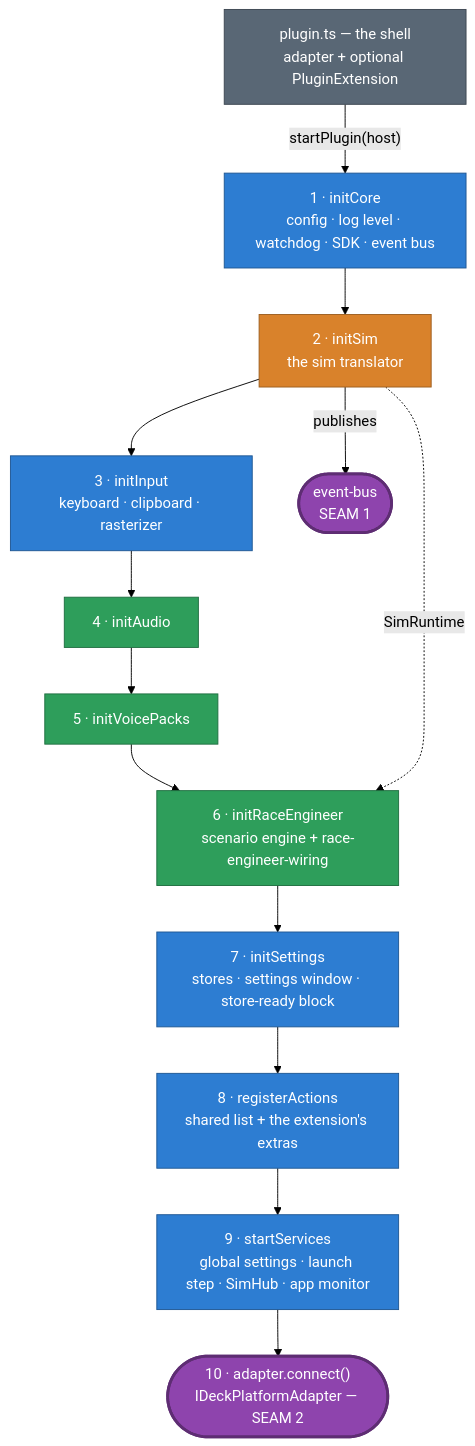
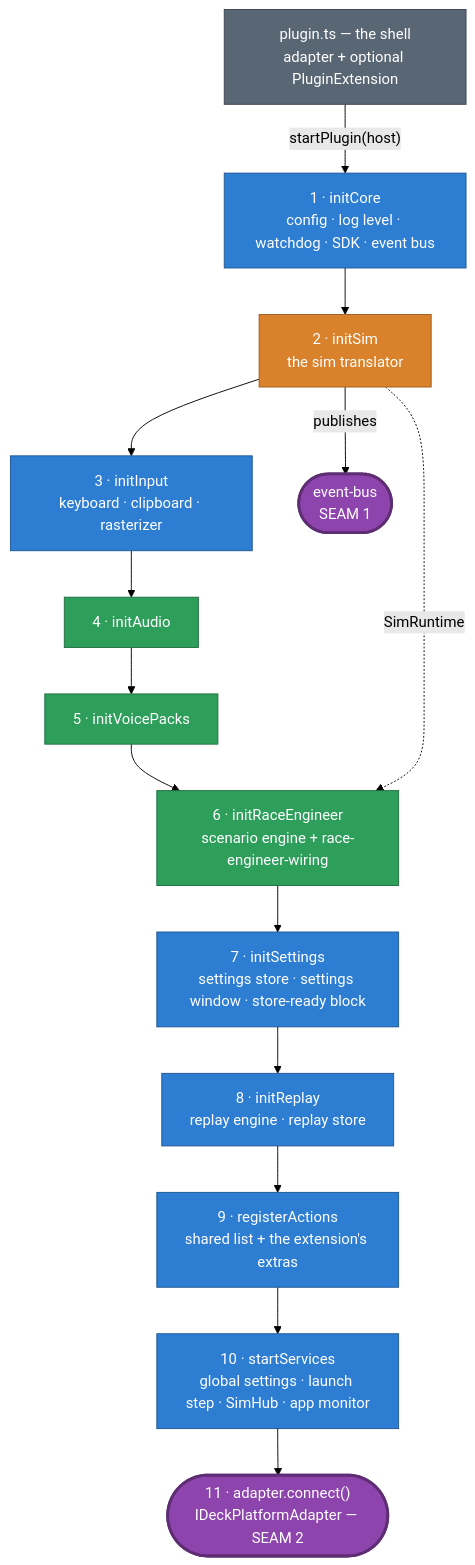
One commit to niklam/iracedeck changed the seventh of 8 diagrams in packages/website/src/content/docs/docs/development/architecture.md. Above: the diagram before and after it, drawn with Mermaid (forest theme). The commit also changed other lines of this file and 10 other files, not shown here.

First line of the commit message:
docs: describe the replay engine package (#1467)

````diff
--- a/packages/website/src/content/docs/docs/development/architecture.md
+++ b/packages/website/src/content/docs/docs/development/architecture.md
@@ -282,26 +287,27 @@
 ```mermaid
 flowchart TB
   shell["plugin.ts — the shell<br/>adapter + optional PluginExtension"]:::plugin
   p1["1 · initCore<br/>config · log level · watchdog · SDK · event bus"]:::core
   p2["2 · initSim<br/>the sim translator"]:::sim
   p3["3 · initInput<br/>keyboard · clipboard · rasterizer"]:::core
   p4["4 · initAudio"]:::audio
   p5["5 · initVoicePacks"]:::audio
   p6["6 · initRaceEngineer<br/>scenario engine + race-engineer-wiring"]:::audio
-  p7["7 · initSettings<br/>stores · settings window · store-ready block"]:::core
-  p8["8 · registerActions<br/>shared list + the extension's extras"]:::core
-  p9["9 · startServices<br/>global settings · launch step · SimHub · app monitor"]:::core
-  p10(["10 · adapter.connect()<br/>IDeckPlatformAdapter — SEAM 2"]):::seam
+  p7["7 · initSettings<br/>settings store · settings window · store-ready block"]:::core
+  p8["8 · initReplay<br/>replay engine · replay store"]:::core
+  p9["9 · registerActions<br/>shared list + the extension's extras"]:::core
+  p10["10 · startServices<br/>global settings · launch step · SimHub · app monitor"]:::core
+  p11(["11 · adapter.connect()<br/>IDeckPlatformAdapter — SEAM 2"]):::seam
   bus(["event-bus<br/>SEAM 1"]):::seam
 
   shell -->|"startPlugin(host)"| p1
-  p1 --> p2 --> p3 --> p4 --> p5 --> p6 --> p7 --> p8 --> p9 --> p10
+  p1 --> p2 --> p3 --> p4 --> p5 --> p6 --> p7 --> p8 --> p9 --> p10 --> p11
   p2 -->|"publishes"| bus
   p2 -.->|"SimRuntime"| p6
 
   classDef sim fill:#d9822b,color:#fff,stroke:#9c5e1f;
   classDef seam fill:#8e44ad,color:#fff,stroke:#5e2d73,stroke-width:3px;
   classDef core fill:#2d7dd2,color:#fff,stroke:#1f5793;
   classDef audio fill:#2e9e5b,color:#fff,stroke:#1f6e40;
   classDef plugin fill:#596775,color:#fff,stroke:#3c4651;
 ```
````
